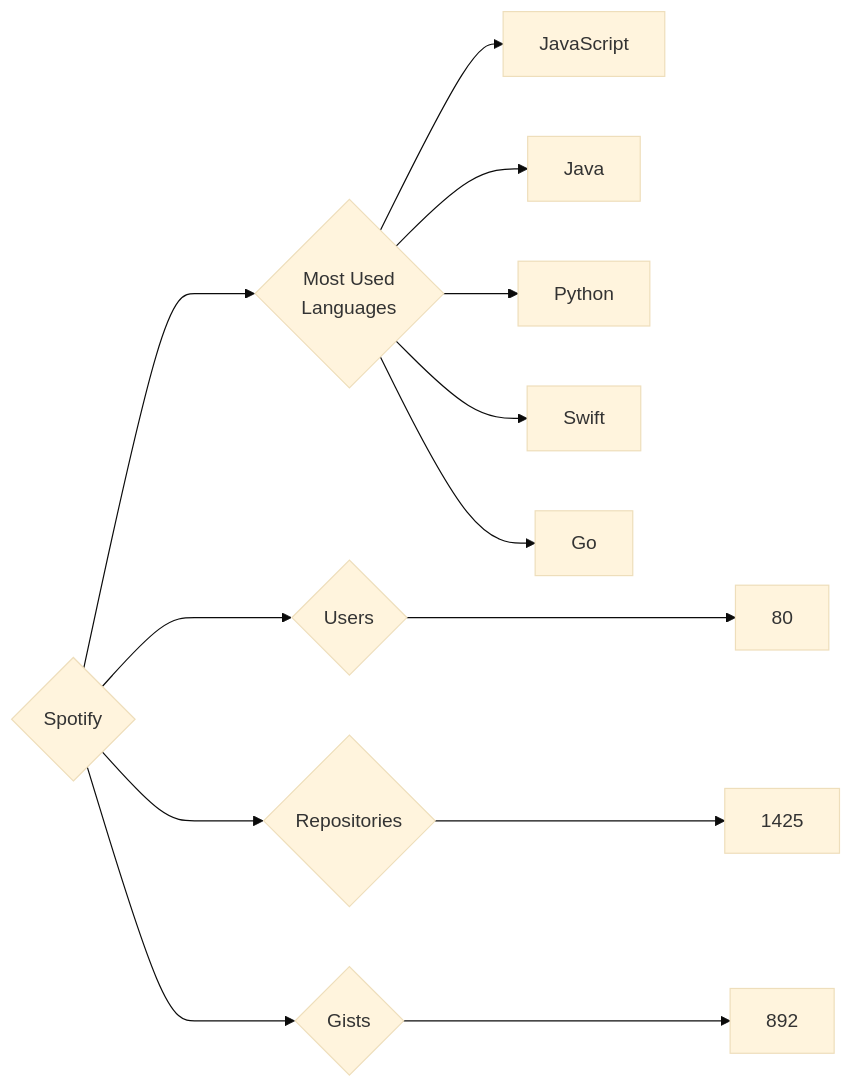
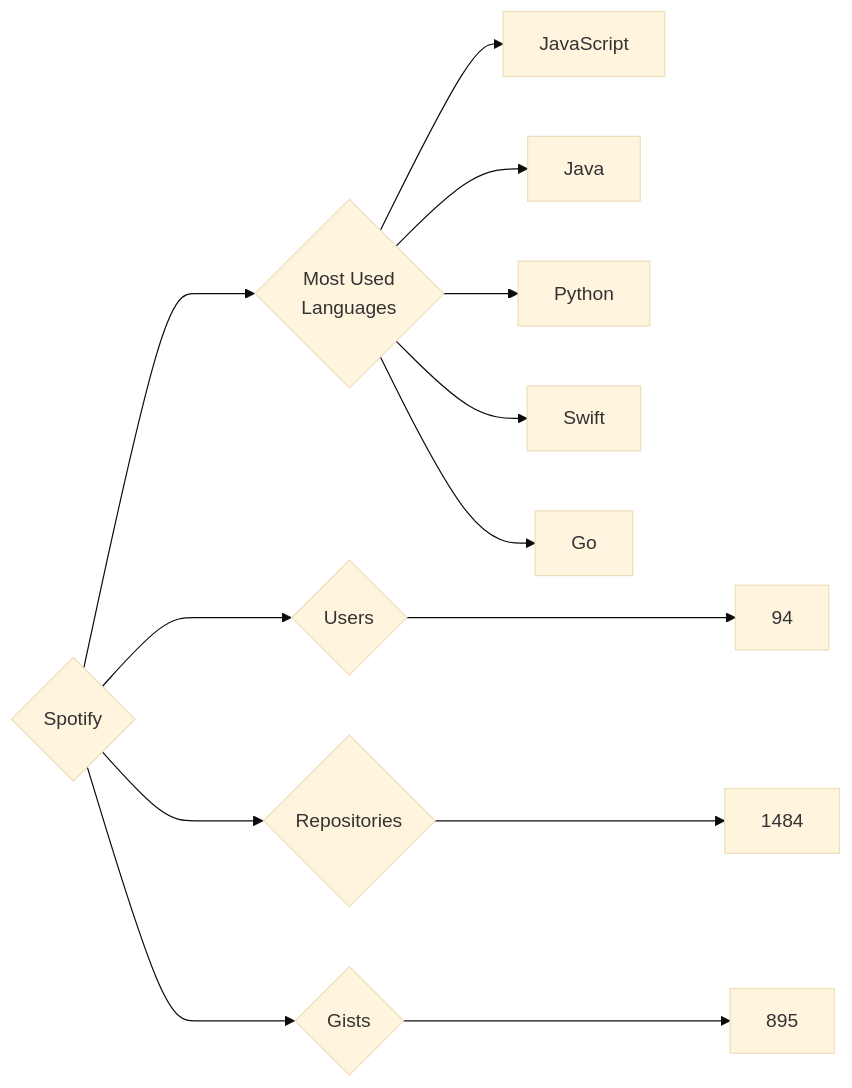
Before and after one commit to trickest/insiders: the diagram in targets/Spotify/README.md, drawn with Mermaid (base theme). The commit also changed 920 other files, not shown here.

````diff
--- a/targets/Spotify/README.md
+++ b/targets/Spotify/README.md
@@ -3,13 +3,13 @@
 ```mermaid
 graph LR
 COMPANY_NAME{Spotify}
-COMPANY_NAME ---> U{Users} ---> UN[80]
-COMPANY_NAME ---> R{Repositories} ---> RN[1425]
-COMPANY_NAME ---> G{Gists} ---> GN[892]
+COMPANY_NAME ---> U{Users} ---> UN[94]
+COMPANY_NAME ---> R{Repositories} ---> RN[1484]
+COMPANY_NAME ---> G{Gists} ---> GN[895]
 COMPANY_NAME ---> ML{Most Used<br>Languages}
 ML --> JavaScript[JavaScript]
 ML --> Java[Java]
 ML --> Python[Python]
 ML --> Swift[Swift]
 ML --> Go[Go]
 ```
````
